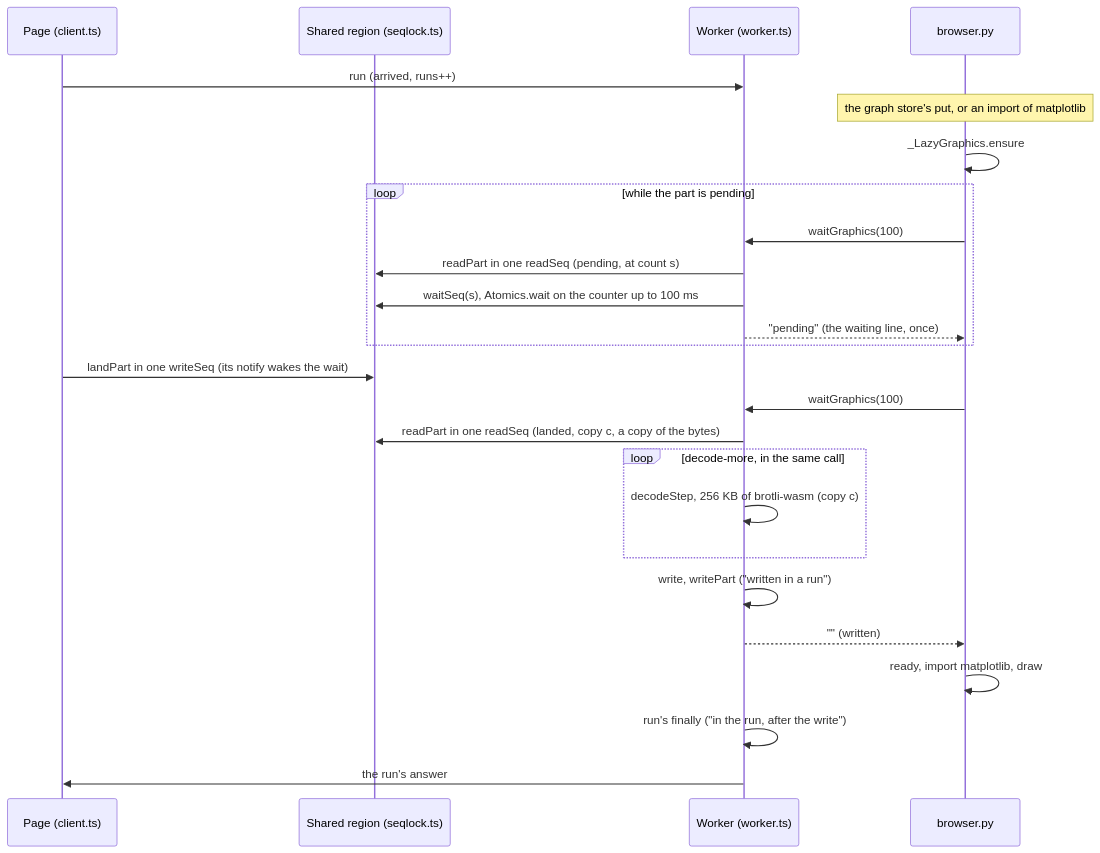
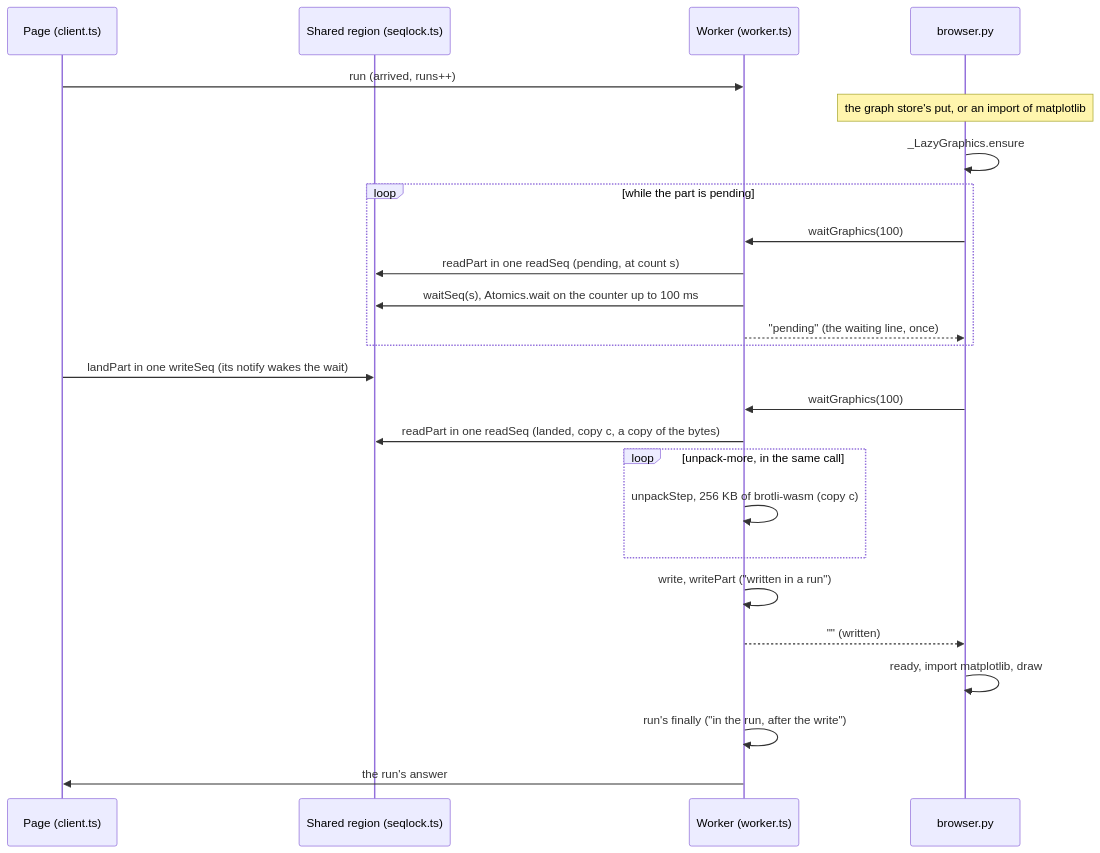
One commit to jeffzyliu/dofile changed the second of 6 diagrams in docs/design/lazy-graphics.md. Above: the diagram before and after it, drawn with Mermaid. The commit also changed other lines of this file, not shown here.

Commit message:
docs: the R1 note's names (copy and HDR_COPY, SeqReader, setWord/setBytes and readWord/readBytes, PartReason, waitMs, the withBytes option, the unpack words, askedOn) and the maintainer's four decisions, with a usage sketch of writeSeq and readSeq

````diff
--- a/docs/design/lazy-graphics.md
+++ b/docs/design/lazy-graphics.md
@@ -120,27 +120,27 @@
 ```mermaid
 sequenceDiagram
     participant P as Page (client.ts)
     participant B as Shared region (seqlock.ts)
     participant W as Worker (worker.ts)
     participant Y as browser.py
     P->>W: run (arrived, runs++)
     Note over Y: the graph store's put, or an import of matplotlib
     Y->>Y: _LazyGraphics.ensure
     loop while the part is pending
         Y->>W: waitGraphics(100)
         W->>B: readPart in one readSeq (pending, at count s)
         W->>B: waitSeq(s), Atomics.wait on the counter up to 100 ms
         W-->>Y: "pending" (the waiting line, once)
     end
     P->>B: landPart in one writeSeq (its notify wakes the wait)
     Y->>W: waitGraphics(100)
     W->>B: readPart in one readSeq (landed, copy c, a copy of the bytes)
-    loop decode-more, in the same call
-        W->>W: decodeStep, 256 KB of brotli-wasm (copy c)
+    loop unpack-more, in the same call
+        W->>W: unpackStep, 256 KB of brotli-wasm (copy c)
     end
     W->>W: write, writePart ("written in a run")
     W-->>Y: "" (written)
     Y->>Y: ready, import matplotlib, draw
     W->>W: run's finally ("in the run, after the write")
     W->>P: the run's answer
 ```
````
